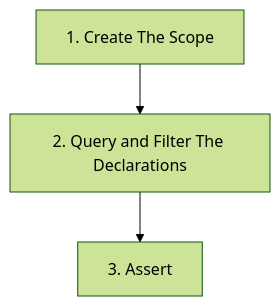
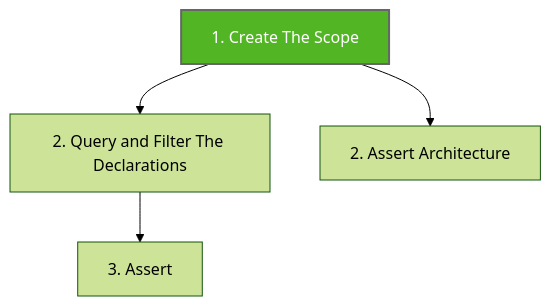
One commit to LemonAppDev/konsist-documentation changed the first of 2 diagrams in getting-started/gettingstarted.md. Above: the diagram before and after it, drawn with Mermaid. The commit also changed other lines of this file and 6 other files, not shown here.

````diff
--- a/getting-started/gettingstarted.md
+++ b/getting-started/gettingstarted.md
@@ -76,7 +76,10 @@
 ```mermaid
 %%{init: {'theme':'forest'}}%%
 flowchart TB
-    Step1["1. Create The Scope"]-->Step2
-    Step2["2. Query and Filter The Declarations"]-->Step3
-    Step3["3. Assert"]
+    Step1["1. Create The Scope"]-->StepD2
+    Step1["1. Create The Scope"]-->StepA2
+    StepD2["2. Query and Filter The Declarations"]-->StepD3
+    StepD3["3. Assert"]
+    StepA2["2. Assert Architecture"]
+    style Step1 fill:#52B523,stroke:#666,stroke-width:2px,color:#fff
 ```
````
